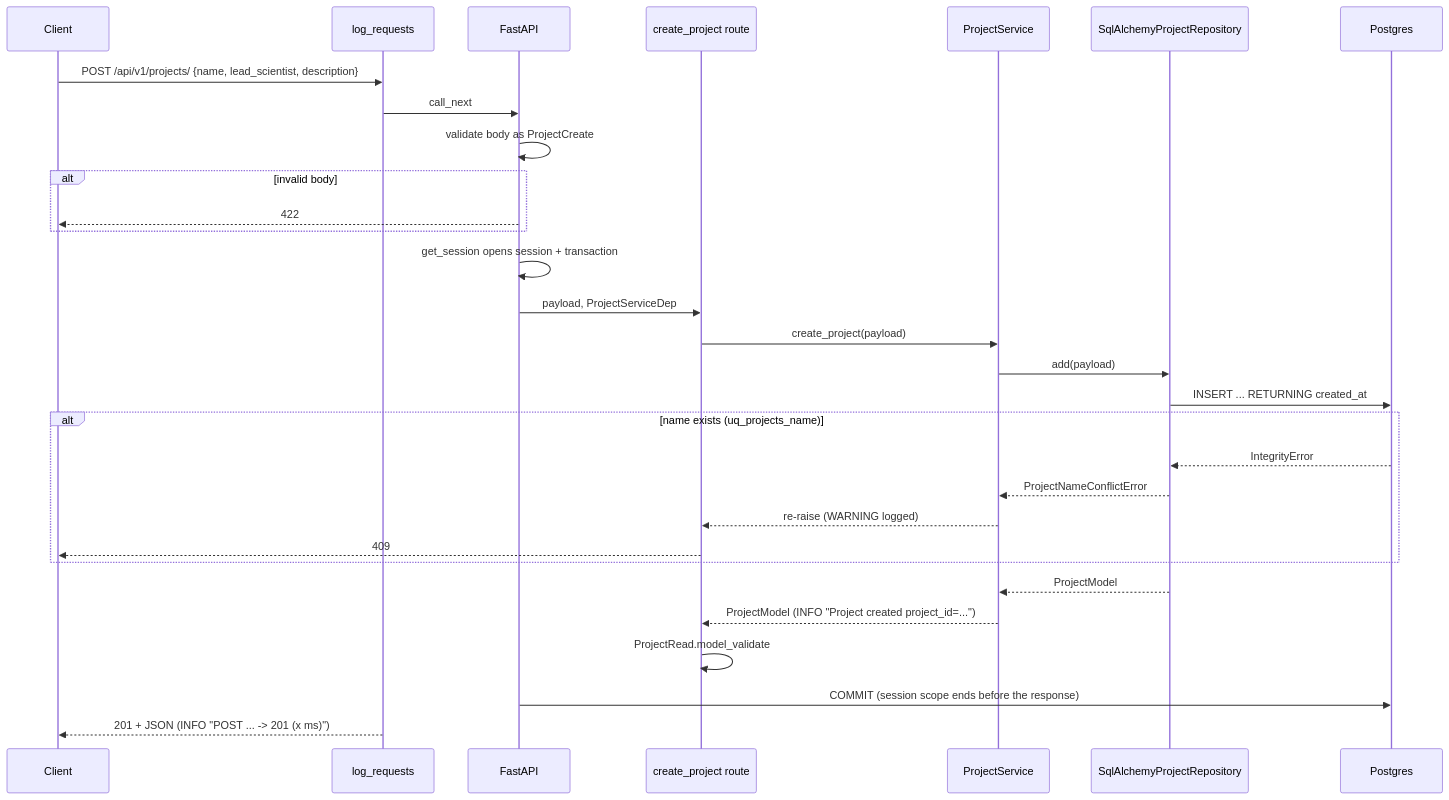
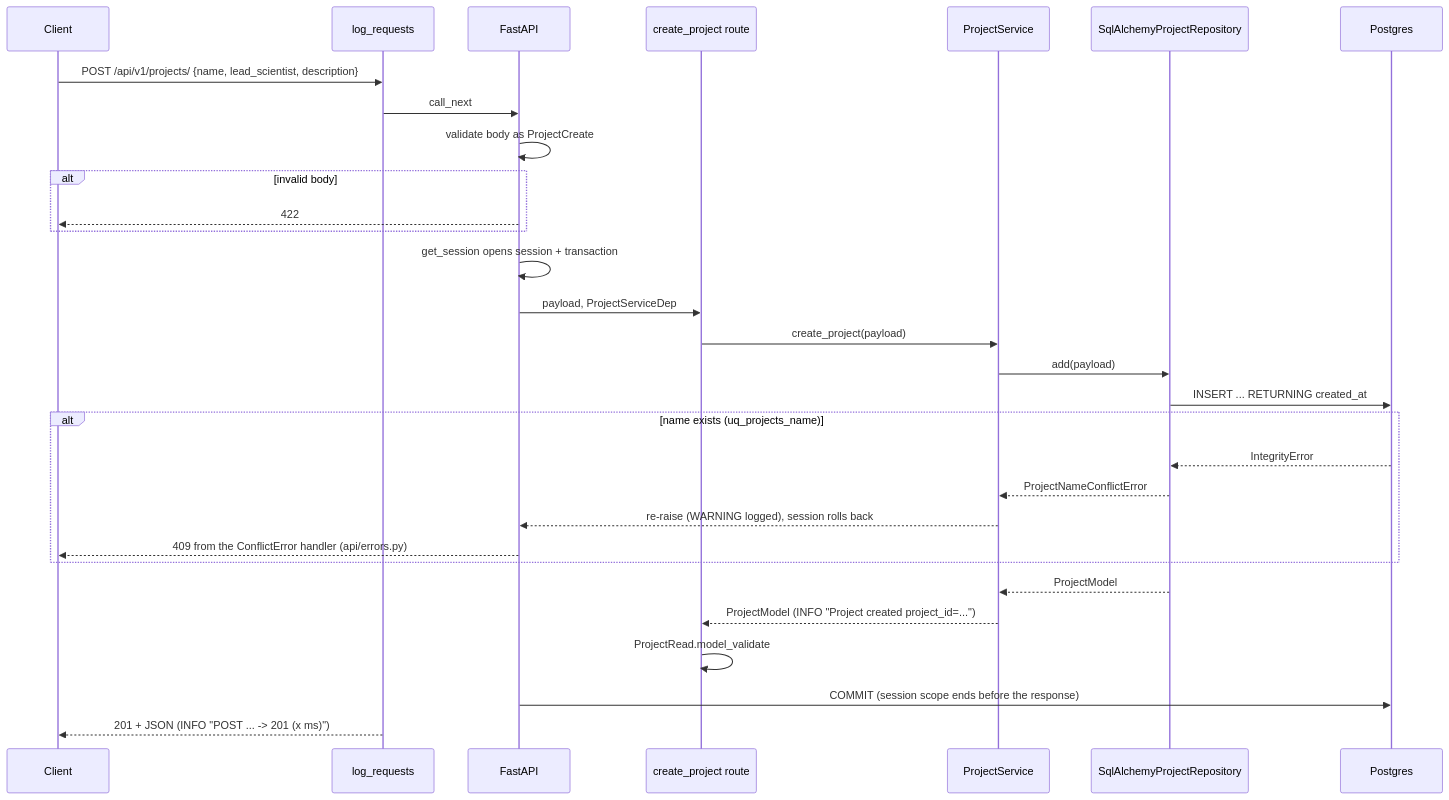
Before and after one commit to SVZhuk/SciInf_GenVar: the third of 4 diagrams in ARCHITECTURE.md, drawn with Mermaid. The commit also changed other lines of this file, not shown here.

Commit message:
docs: update architecture for shared file code and error handler

````diff
--- a/ARCHITECTURE.md
+++ b/ARCHITECTURE.md
@@ -130,32 +135,32 @@
 ```mermaid
 sequenceDiagram
     participant C as Client
     participant MW as log_requests
     participant F as FastAPI
     participant R as create_project route
     participant S as ProjectService
     participant RP as SqlAlchemyProjectRepository
     participant DB as Postgres
     C->>MW: POST /api/v1/projects/ {name, lead_scientist, description}
     MW->>F: call_next
     F->>F: validate body as ProjectCreate
     alt invalid body
         F-->>C: 422
     end
     F->>F: get_session opens session + transaction
     F->>R: payload, ProjectServiceDep
     R->>S: create_project(payload)
     S->>RP: add(payload)
     RP->>DB: INSERT ... RETURNING created_at
     alt name exists (uq_projects_name)
         DB-->>RP: IntegrityError
         RP-->>S: ProjectNameConflictError
-        S-->>R: re-raise (WARNING logged)
-        R-->>C: 409
+        S-->>F: re-raise (WARNING logged), session rolls back
+        F-->>C: 409 from the ConflictError handler (api/errors.py)
     end
     RP-->>S: ProjectModel
     S-->>R: ProjectModel (INFO "Project created project_id=...")
     R->>R: ProjectRead.model_validate
     F->>DB: COMMIT (session scope ends before the response)
     MW-->>C: 201 + JSON (INFO "POST ... -> 201 (x ms)")
 ```
````
